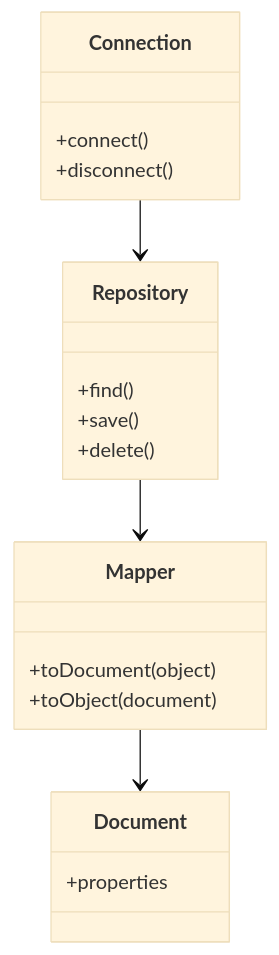
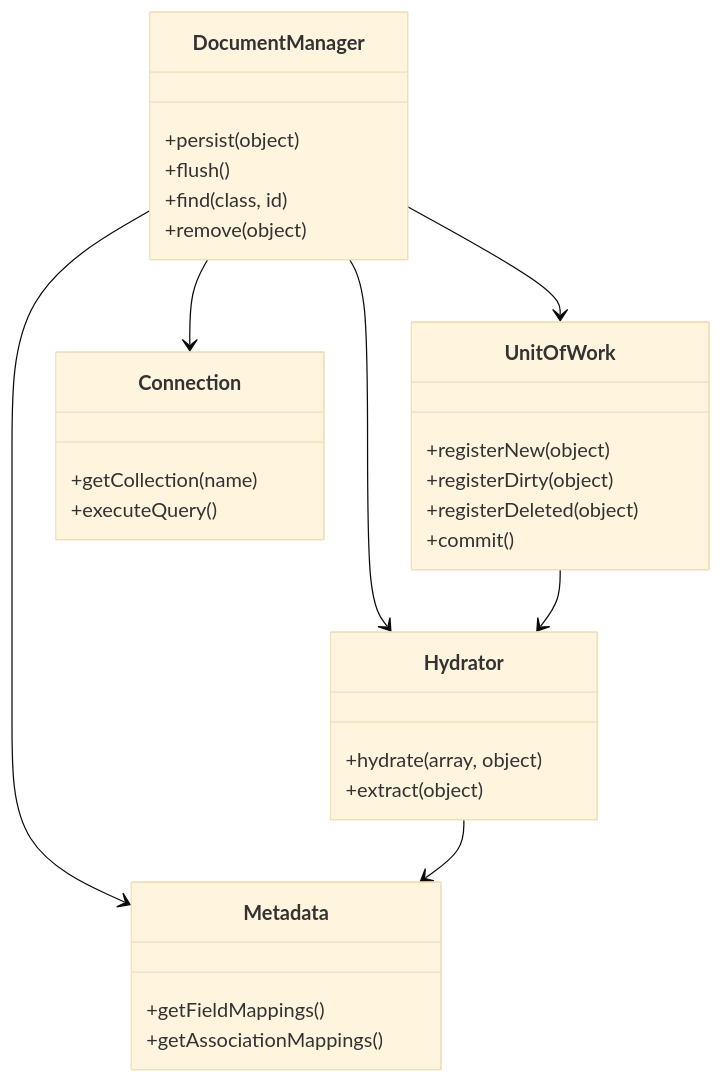
The diagram in docs/odm.md (manuelandreaskuhn/arpi-isms), drawn with Mermaid (base theme) before and after one commit. The commit also changed other lines of this file and 1 other file, not shown here.

Commit message:
feat: Remove DocumentManager class from ODM helper

````diff
--- a/docs/odm.md
+++ b/docs/odm.md
@@ -18,22 +42,34 @@
 ```mermaid
 classDiagram
+    class DocumentManager {
+        +persist(object)
+        +flush()
+        +find(class, id)
+        +remove(object)
+    }
+    class UnitOfWork {
+        +registerNew(object)
+        +registerDirty(object)
+        +registerDeleted(object)
+        +commit()
+    }
+    class Hydrator {
+        +hydrate(array, object)
+        +extract(object)
+    }
     class Connection {
-        +connect()
-        +disconnect()
+        +getCollection(name)
+        +executeQuery()
     }
-    class Mapper {
-        +toDocument(object)
-        +toObject(document)
+    class Metadata {
+        +getFieldMappings()
+        +getAssociationMappings()
     }
-    class Repository {
-        +find()
-        +save()
-        +delete()
-    }
-    class Document {
-        +properties
-    }
-    Connection --> Repository
-    Repository --> Mapper
-    Mapper --> Document
+    
+    DocumentManager --> UnitOfWork
+    DocumentManager --> Connection
+    DocumentManager --> Hydrator
+    DocumentManager --> Metadata
+    UnitOfWork --> Hydrator
+    Hydrator --> Metadata
 ```
````
